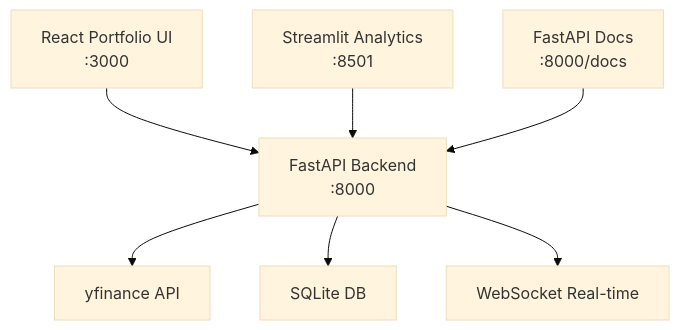
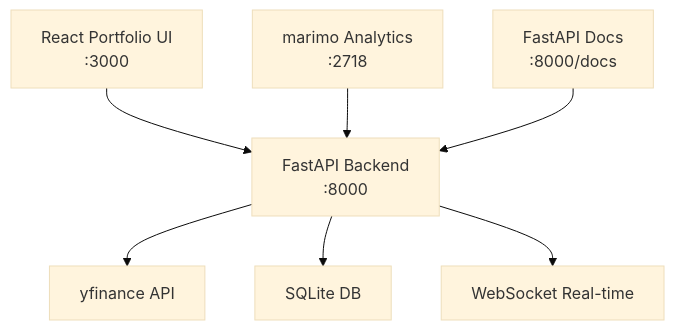
One commit to asakaguchi/cc-safe-stack changed the diagram in specs/examples/stock-analysis-platform.spec.md. Above: the diagram before and after it, drawn with Mermaid (base theme). The commit also changed other lines of this file and 82 other files, not shown here.

````diff
--- a/specs/examples/stock-analysis-platform.spec.md
+++ b/specs/examples/stock-analysis-platform.spec.md
@@ -44,9 +45,9 @@
 ```mermaid
 graph TB
     A[React Portfolio UI<br/>:3000] --> D[FastAPI Backend<br/>:8000]
-    B[Streamlit Analytics<br/>:8501] --> D
+    B[marimo Analytics<br/>:2718] --> D
     C[FastAPI Docs<br/>:8000/docs] --> D
     D --> E[yfinance API]
     D --> F[SQLite DB]
     D --> G[WebSocket Real-time]
 ```
````
